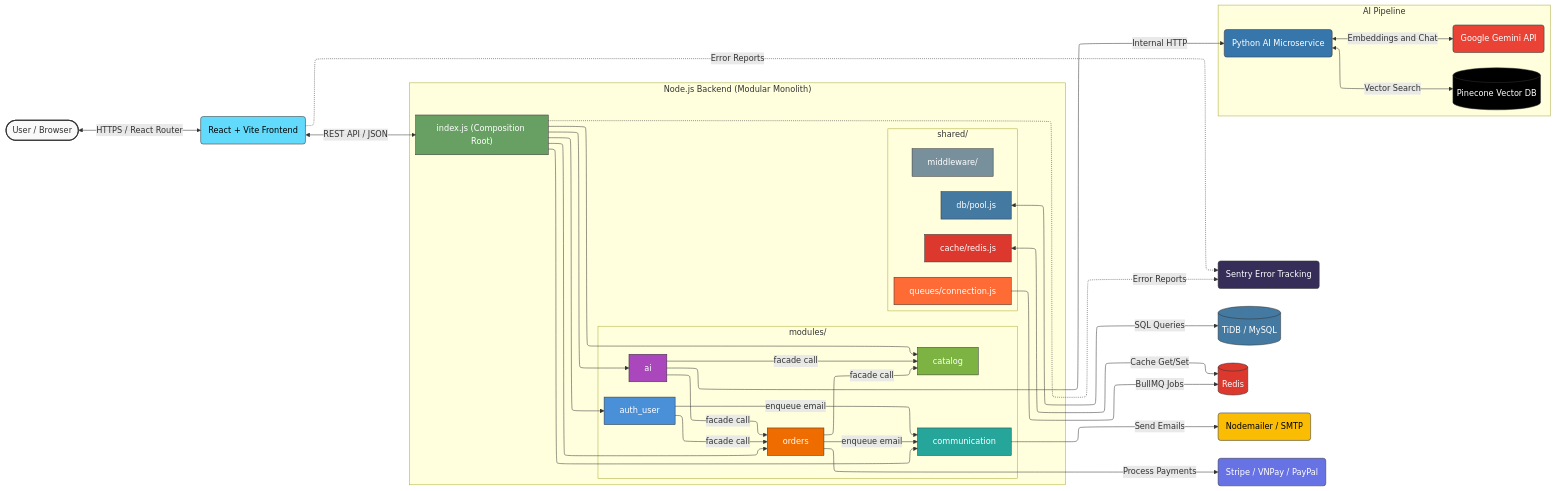
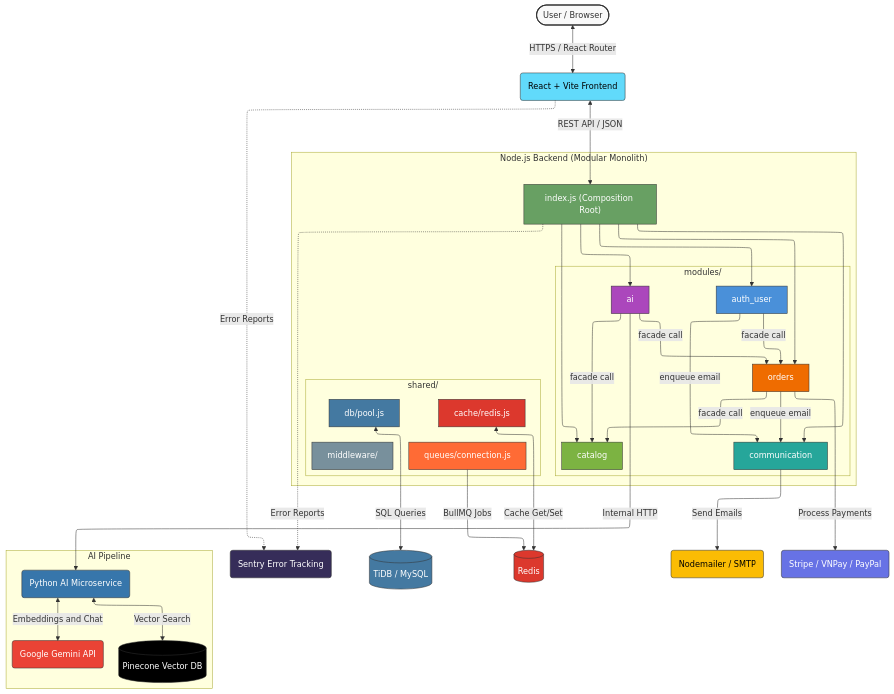
One commit to dhp-exe/e-commercial-project changed the first of 3 diagrams in README.md. Above: the diagram before and after it, drawn with Mermaid.

Commit message:
docs: update architecture flowchart to top-bottom orientation with 2x2 grid

````diff
--- a/README.md
+++ b/README.md
@@ -96,69 +96,73 @@
 ```mermaid
 ---
 config:
   layout: elk
 ---
-flowchart LR
+flowchart TB
  subgraph s1["shared/"]
         Pool["db/pool.js"]
         RedisClient["cache/redis.js"]
         MW["middleware/"]
         QConn["queues/connection.js"]
+        
+        %% Invisible links to force a 2x2 grid layout
+        Pool ~~~ MW
+        RedisClient ~~~ QConn
   end
  subgraph s2["modules/"]
         AuthUser["auth_user"]
         Catalog["catalog"]
         Orders["orders"]
         Comm["communication"]
         AI["ai"]
   end
  subgraph subGraph2["Node.js Backend (Modular Monolith)"]
         CompositionRoot["index.js (Composition Root)"]
         s1
         s2
   end
  subgraph subGraph3["AI Pipeline"]
         Gemini("Google Gemini API")
         AIService("Python AI Microservice")
         Pinecone[("Pinecone Vector DB")]
   end
     User(["User / Browser"]) <-- HTTPS / React Router --> Frontend("React + Vite Frontend")
     Frontend <-- REST API / JSON --> CompositionRoot
     Frontend -. Error Reports .-> Sentry("Sentry Error Tracking")
     CompositionRoot --> AuthUser & Catalog & Orders & Comm & AI
     AuthUser -- facade call --> Orders
     Orders -- facade call --> Catalog
     Orders -- enqueue email --> Comm
     AuthUser -- enqueue email --> Comm
     AI -- facade call --> Catalog & Orders
     Pool <-- SQL Queries --> TiDB[("TiDB / MySQL")]
     RedisClient <-- Cache Get/Set --> Redis[("Redis")]
     AI -- Internal HTTP --> AIService
     Comm -- Send Emails --> EmailSMTP("Nodemailer / SMTP")
     Orders -- Process Payments --> Payments("Stripe / VNPay / PayPal")
     CompositionRoot -. Error Reports .-> Sentry
     AIService <-- Embeddings and Chat --> Gemini
     AIService <-- Vector Search --> Pinecone
     QConn -- BullMQ Jobs --> Redis
 
     style Pool fill:#4479a1,stroke:#333,color:#fff
     style RedisClient fill:#dc382d,stroke:#333,color:#fff
     style MW fill:#78909c,stroke:#333,color:#fff
     style QConn fill:#ff6b35,stroke:#333,color:#fff
     style AuthUser fill:#4a90d9,stroke:#333,color:#fff
     style Catalog fill:#7cb342,stroke:#333,color:#fff
     style Orders fill:#ef6c00,stroke:#333,color:#fff
     style Comm fill:#26a69a,stroke:#333,color:#fff
     style AI fill:#ab47bc,stroke:#333,color:#fff
     style CompositionRoot fill:#68a063,stroke:#333,color:#fff
     style Gemini fill:#ea4335,stroke:#333,color:#fff
     style AIService fill:#3776ab,stroke:#333,color:#fff
     style Pinecone fill:#000000,stroke:#333,color:#fff
     style User fill:#f9f9f9,stroke:#333,stroke-width:2px
     style Frontend fill:#61dafb,stroke:#333,color:#000
     style Sentry fill:#362d59,stroke:#333,color:#fff
     style TiDB fill:#4479a1,stroke:#333,color:#fff
     style Redis fill:#dc382d,stroke:#333,color:#fff
     style EmailSMTP fill:#fbbc04,stroke:#333,color:#000
     style Payments fill:#6772e5,stroke:#333,color:#fff
 ```
````
